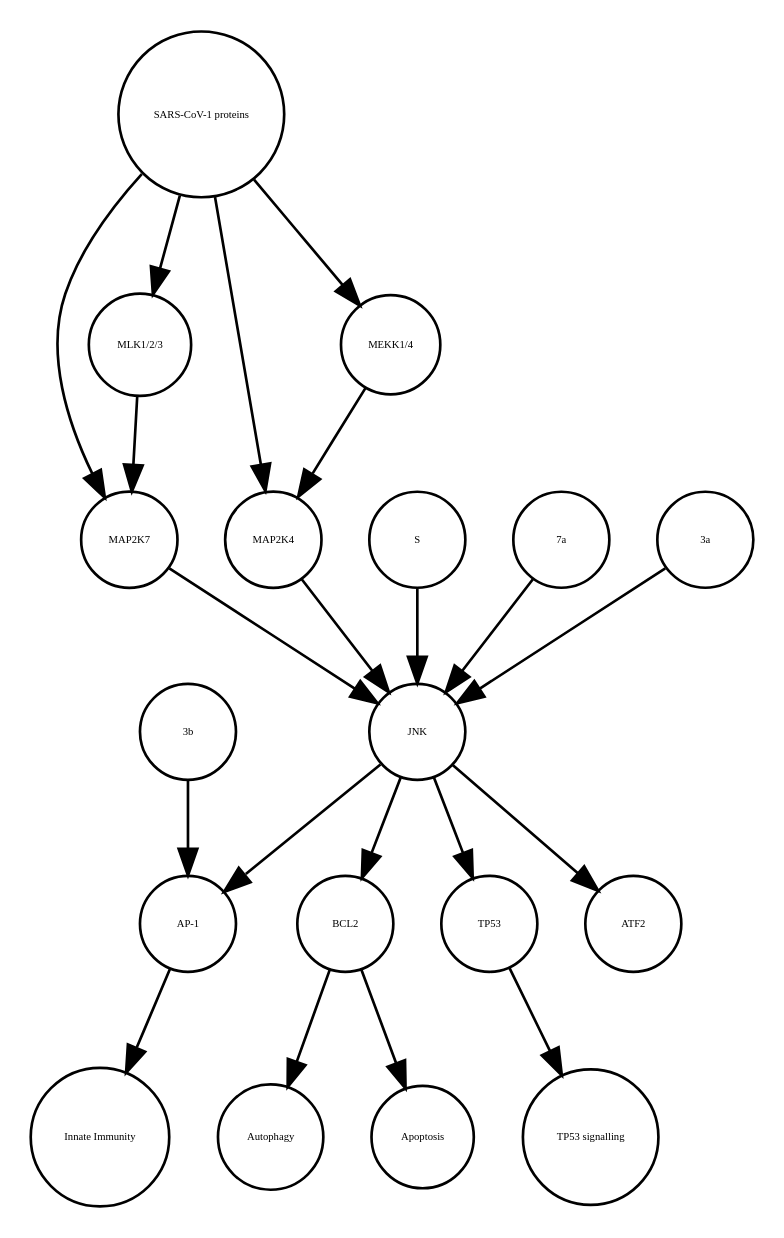
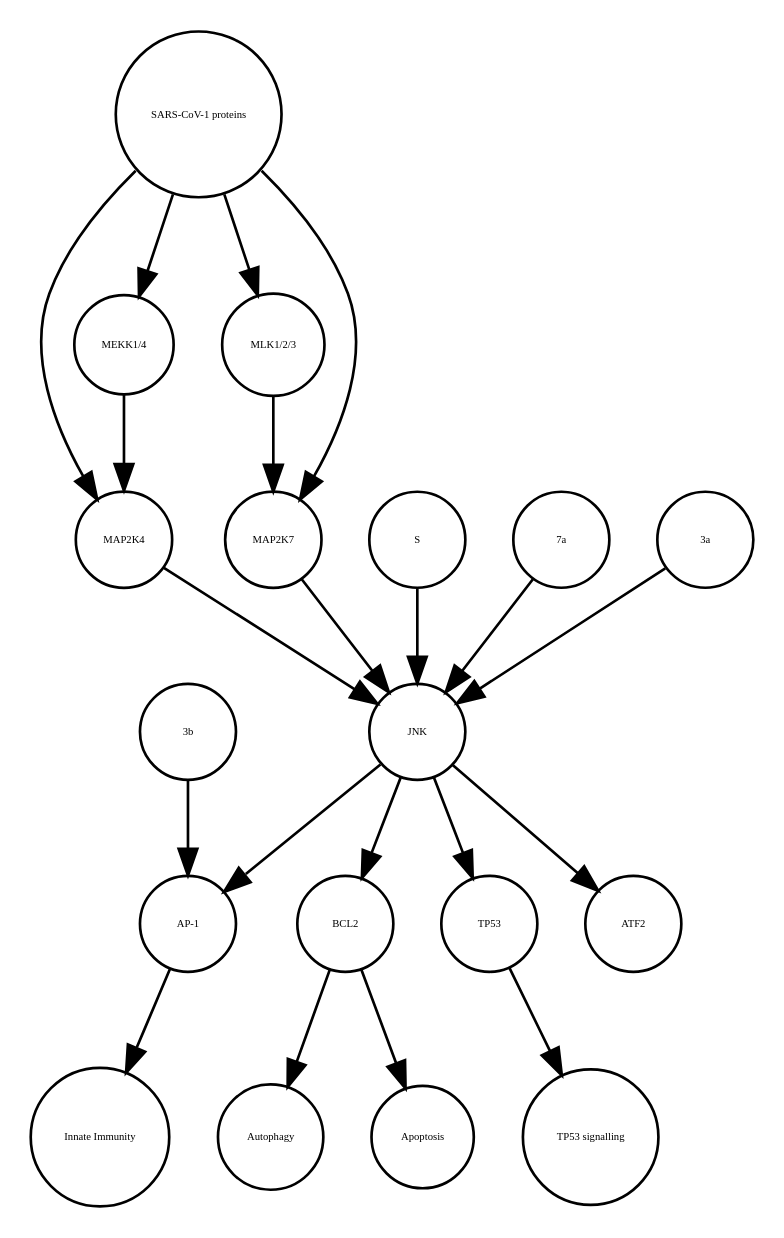
One commit to cannin/covid19-sbgn changed the diagram in JNK_pathway_stable.xml_projected.dot. Above: the diagram before and after it, drawn with Graphviz. The commit also changed other lines of this file and 637 other files, not shown here.

```diff
--- a/JNK_pathway_stable.xml_projected.dot
+++ b/JNK_pathway_stable.xml_projected.dot
@@ -1,40 +1,40 @@
 strict digraph  {
 BCL2 [annotation=urn_miriam_ncbigene_596, bipartite=0, cls=macromolecule, fontsize=4, label=BCL2, shape=circle];
 Autophagy [annotation="urn_miriam_obo.go_GO%3A0006914", bipartite=0, cls=phenotype, fontsize=4, label=Autophagy, shape=circle];
 "AP-1" [annotation="", bipartite=0, cls=complex, fontsize=4, label="AP-1", shape=circle];
 "Innate Immunity" [annotation="urn_miriam_obo.go_GO%3A0045087", bipartite=0, cls=phenotype, fontsize=4, label="Innate Immunity", shape=circle];
 TP53 [annotation=urn_miriam_ncbigene_7157, bipartite=0, cls=macromolecule, fontsize=4, label=TP53, shape=circle];
 "TP53 signalling" [annotation="urn_miriam_obo.go_GO%3A0072331", bipartite=0, cls=phenotype, fontsize=4, label="TP53 signalling", shape=circle];
 Apoptosis [annotation="urn_miriam_obo.go_GO%3A0006915", bipartite=0, cls=phenotype, fontsize=4, label=Apoptosis, shape=circle];
-MAP2K7 [annotation=urn_miriam_ncbigene_5609, bipartite=0, cls=macromolecule, fontsize=4, label=MAP2K7, shape=circle];
+"3b" [annotation=urn_miriam_uniprot_P59633, bipartite=0, cls=macromolecule, fontsize=4, label="3b", shape=circle];
 MAP2K4 [annotation=urn_miriam_ncbigene_6416, bipartite=0, cls=macromolecule, fontsize=4, label=MAP2K4, shape=circle];
-"MLK1/2/3" [annotation="", bipartite=0, cls=complex, fontsize=4, label="MLK1/2/3", shape=circle];
-JNK [annotation="", bipartite=0, cls=complex, fontsize=4, label=JNK, shape=circle];
 S [annotation=urn_miriam_uniprot_P59594, bipartite=0, cls=macromolecule, fontsize=4, label=S, shape=circle];
-"SARS-CoV-1 proteins" [annotation="", bipartite=0, cls=complex, fontsize=4, label="SARS-CoV-1 proteins", shape=circle];
 "7a" [annotation=urn_miriam_uniprot_P59635, bipartite=0, cls=macromolecule, fontsize=4, label="7a", shape=circle];
+"MEKK1/4" [annotation="", bipartite=0, cls=complex, fontsize=4, label="MEKK1/4", shape=circle];
 ATF2 [annotation=urn_miriam_ncbigene_1386, bipartite=0, cls=macromolecule, fontsize=4, label=ATF2, shape=circle];
 "3a" [annotation=urn_miriam_uniprot_P59632, bipartite=0, cls=macromolecule, fontsize=4, label="3a", shape=circle];
-"MEKK1/4" [annotation="", bipartite=0, cls=complex, fontsize=4, label="MEKK1/4", shape=circle];
-"3b" [annotation=urn_miriam_uniprot_P59633, bipartite=0, cls=macromolecule, fontsize=4, label="3b", shape=circle];
+"SARS-CoV-1 proteins" [annotation="", bipartite=0, cls=complex, fontsize=4, label="SARS-CoV-1 proteins", shape=circle];
+"MLK1/2/3" [annotation="", bipartite=0, cls=complex, fontsize=4, label="MLK1/2/3", shape=circle];
+MAP2K7 [annotation=urn_miriam_ncbigene_5609, bipartite=0, cls=macromolecule, fontsize=4, label=MAP2K7, shape=circle];
+JNK [annotation="", bipartite=0, cls=complex, fontsize=4, label=JNK, shape=circle];
 BCL2 -> Autophagy  [annotation="", interaction_type="necessary stimulation"];
 BCL2 -> Apoptosis  [annotation="", interaction_type=inhibition];
 "AP-1" -> "Innate Immunity"  [annotation="", interaction_type="necessary stimulation"];
 TP53 -> "TP53 signalling"  [annotation="", interaction_type="necessary stimulation"];
+"3b" -> "AP-1"  [annotation="urn_miriam_pubmed_21561061|urn_miriam_taxonomy_694009", interaction_type=stimulation];
+MAP2K4 -> JNK  [annotation="urn_miriam_pubmed_17141229|urn_miriam_taxonomy_694009|urn_miriam_taxonomy_392815", interaction_type=stimulation];
+S -> JNK  [annotation="urn_miriam_pubmed_17267381|urn_miriam_taxonomy_694009|urn_miriam_taxonomy_392815", interaction_type=stimulation];
+"7a" -> JNK  [annotation="urn_miriam_pubmed_17141229|urn_miriam_taxonomy_694009|urn_miriam_taxonomy_392815", interaction_type=stimulation];
+"MEKK1/4" -> MAP2K4  [annotation="urn_miriam_pubmed_31226023|urn_miriam_taxonomy_694009|urn_miriam_taxonomy_392815", interaction_type=stimulation];
+"3a" -> JNK  [annotation="urn_miriam_pubmed_17141229|urn_miriam_taxonomy_694009|urn_miriam_taxonomy_392815", interaction_type=stimulation];
+"SARS-CoV-1 proteins" -> "MEKK1/4"  [annotation="urn_miriam_pubmed_31226023|urn_miriam_taxonomy_694009|urn_miriam_taxonomy_392815", interaction_type=stimulation];
+"SARS-CoV-1 proteins" -> MAP2K7  [annotation="urn_miriam_pubmed_31226023|urn_miriam_taxonomy_694009|urn_miriam_taxonomy_392815", interaction_type=stimulation];
+"SARS-CoV-1 proteins" -> "MLK1/2/3"  [annotation="urn_miriam_taxonomy_694009|urn_miriam_pubmed_31226023|urn_miriam_taxonomy_392815", interaction_type=stimulation];
+"SARS-CoV-1 proteins" -> MAP2K4  [annotation="urn_miriam_pubmed_31226023|urn_miriam_taxonomy_694009|urn_miriam_taxonomy_392815", interaction_type=stimulation];
+"MLK1/2/3" -> MAP2K7  [annotation="urn_miriam_pubmed_31226023|urn_miriam_taxonomy_694009|urn_miriam_taxonomy_392815", interaction_type=stimulation];
 MAP2K7 -> JNK  [annotation="urn_miriam_pubmed_17141229|urn_miriam_taxonomy_694009|urn_miriam_taxonomy_392815", interaction_type=stimulation];
-MAP2K4 -> JNK  [annotation="urn_miriam_pubmed_17141229|urn_miriam_taxonomy_694009|urn_miriam_taxonomy_392815", interaction_type=stimulation];
-"MLK1/2/3" -> MAP2K7  [annotation="urn_miriam_pubmed_31226023|urn_miriam_taxonomy_694009|urn_miriam_taxonomy_392815", interaction_type=stimulation];
+JNK -> BCL2  [annotation=urn_miriam_pubmed_10567572, interaction_type=stimulation];
+JNK -> ATF2  [annotation=urn_miriam_pubmed_7824938, interaction_type=stimulation];
 JNK -> TP53  [annotation=urn_miriam_pubmed_9724739, interaction_type=stimulation];
 JNK -> "AP-1"  [annotation="urn_miriam_pubmed_21561061|urn_miriam_taxonomy_694009", interaction_type=stimulation];
-JNK -> BCL2  [annotation=urn_miriam_pubmed_10567572, interaction_type=stimulation];
-JNK -> ATF2  [annotation=urn_miriam_pubmed_7824938, interaction_type=stimulation];
-S -> JNK  [annotation="urn_miriam_pubmed_17267381|urn_miriam_taxonomy_694009|urn_miriam_taxonomy_392815", interaction_type=stimulation];
-"SARS-CoV-1 proteins" -> "MEKK1/4"  [annotation="urn_miriam_pubmed_31226023|urn_miriam_taxonomy_694009|urn_miriam_taxonomy_392815", interaction_type=stimulation];
-"SARS-CoV-1 proteins" -> MAP2K4  [annotation="urn_miriam_pubmed_31226023|urn_miriam_taxonomy_694009|urn_miriam_taxonomy_392815", interaction_type=stimulation];
-"SARS-CoV-1 proteins" -> MAP2K7  [annotation="urn_miriam_pubmed_31226023|urn_miriam_taxonomy_694009|urn_miriam_taxonomy_392815", interaction_type=stimulation];
-"SARS-CoV-1 proteins" -> "MLK1/2/3"  [annotation="urn_miriam_taxonomy_694009|urn_miriam_pubmed_31226023|urn_miriam_taxonomy_392815", interaction_type=stimulation];
-"7a" -> JNK  [annotation="urn_miriam_pubmed_17141229|urn_miriam_taxonomy_694009|urn_miriam_taxonomy_392815", interaction_type=stimulation];
-"3a" -> JNK  [annotation="urn_miriam_pubmed_17141229|urn_miriam_taxonomy_694009|urn_miriam_taxonomy_392815", interaction_type=stimulation];
-"MEKK1/4" -> MAP2K4  [annotation="urn_miriam_pubmed_31226023|urn_miriam_taxonomy_694009|urn_miriam_taxonomy_392815", interaction_type=stimulation];
-"3b" -> "AP-1"  [annotation="urn_miriam_pubmed_21561061|urn_miriam_taxonomy_694009", interaction_type=stimulation];
 }
```
